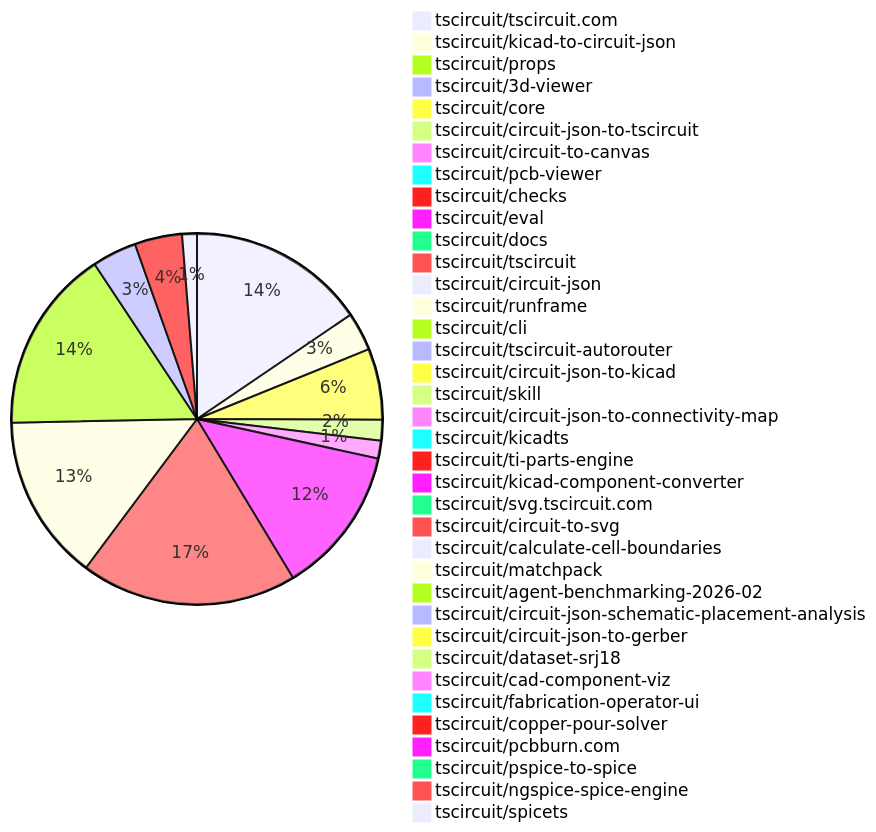
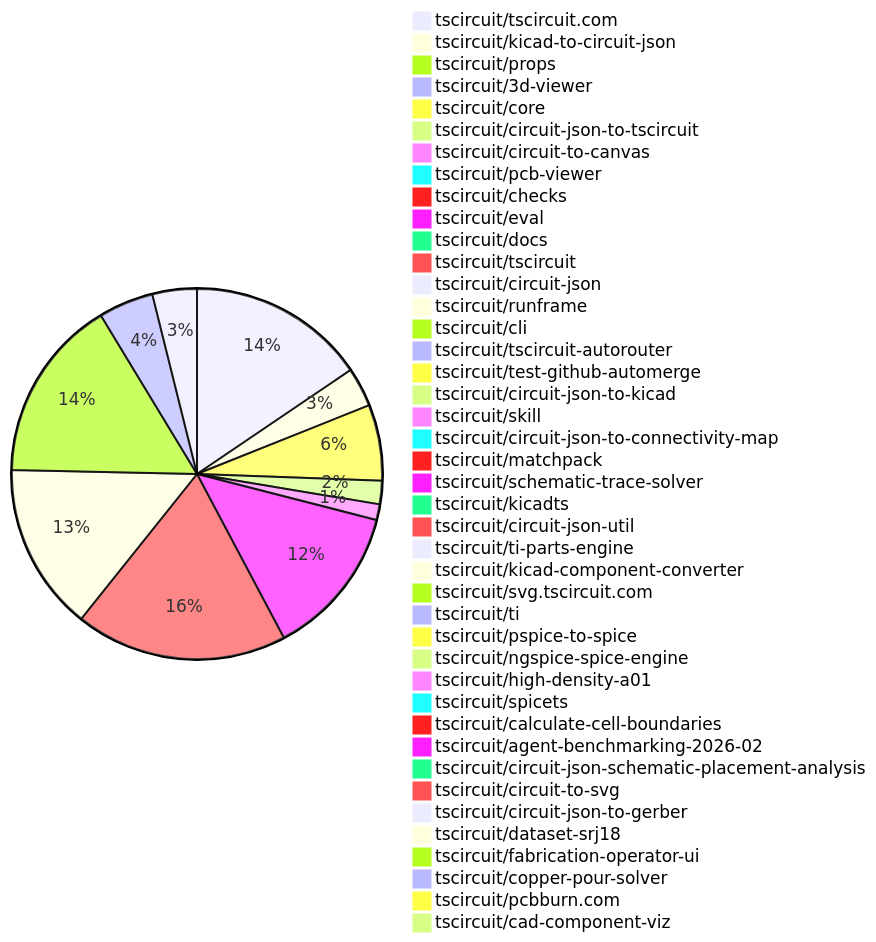
One commit to tscircuit/contribution-tracker changed the diagram in README.md. Above: the diagram before and after it, drawn with Mermaid. The commit also changed other lines of this file and 3 other files, not shown here.

````diff
--- a/README.md
+++ b/README.md
@@ -30,40 +30,45 @@
 ```mermaid
 pie
-    "tscircuit/tscircuit.com" : 60
-    "tscircuit/kicad-to-circuit-json" : 13
-    "tscircuit/props" : 3
+    "tscircuit/tscircuit.com" : 68
+    "tscircuit/kicad-to-circuit-json" : 15
+    "tscircuit/props" : 4
     "tscircuit/3d-viewer" : 2
-    "tscircuit/core" : 24
-    "tscircuit/circuit-json-to-tscircuit" : 7
+    "tscircuit/core" : 29
+    "tscircuit/circuit-json-to-tscircuit" : 9
     "tscircuit/circuit-to-canvas" : 6
     "tscircuit/pcb-viewer" : 2
     "tscircuit/checks" : 3
-    "tscircuit/eval" : 50
+    "tscircuit/eval" : 58
     "tscircuit/docs" : 4
-    "tscircuit/tscircuit" : 73
+    "tscircuit/tscircuit" : 81
     "tscircuit/circuit-json" : 2
-    "tscircuit/runframe" : 56
-    "tscircuit/cli" : 62
-    "tscircuit/tscircuit-autorouter" : 15
+    "tscircuit/runframe" : 64
+    "tscircuit/cli" : 70
+    "tscircuit/tscircuit-autorouter" : 21
+    "tscircuit/test-github-automerge" : 1
     "tscircuit/circuit-json-to-kicad" : 2
     "tscircuit/skill" : 1
     "tscircuit/circuit-json-to-connectivity-map" : 1
+    "tscircuit/matchpack" : 3
+    "tscircuit/schematic-trace-solver" : 1
     "tscircuit/kicadts" : 2
-    "tscircuit/ti-parts-engine" : 16
+    "tscircuit/circuit-json-util" : 1
+    "tscircuit/ti-parts-engine" : 17
     "tscircuit/kicad-component-converter" : 1
     "tscircuit/svg.tscircuit.com" : 2
-    "tscircuit/circuit-to-svg" : 3
+    "tscircuit/ti" : 4
+    "tscircuit/pspice-to-spice" : 2
+    "tscircuit/ngspice-spice-engine" : 1
+    "tscircuit/high-density-a01" : 2
+    "tscircuit/spicets" : 2
     "tscircuit/calculate-cell-boundaries" : 5
-    "tscircuit/matchpack" : 2
     "tscircuit/agent-benchmarking-2026-02" : 3
     "tscircuit/circuit-json-schematic-placement-analysis" : 1
+    "tscircuit/circuit-to-svg" : 3
     "tscircuit/circuit-json-to-gerber" : 1
     "tscircuit/dataset-srj18" : 2
-    "tscircuit/cad-component-viz" : 2
-    "tscircuit/fabrication-operator-ui" : 1
+    "tscircuit/fabrication-operator-ui" : 2
     "tscircuit/copper-pour-solver" : 1
     "tscircuit/pcbburn.com" : 1
-    "tscircuit/pspice-to-spice" : 2
-    "tscircuit/ngspice-spice-engine" : 1
-    "tscircuit/spicets" : 2
+    "tscircuit/cad-component-viz" : 2
 ```
````
